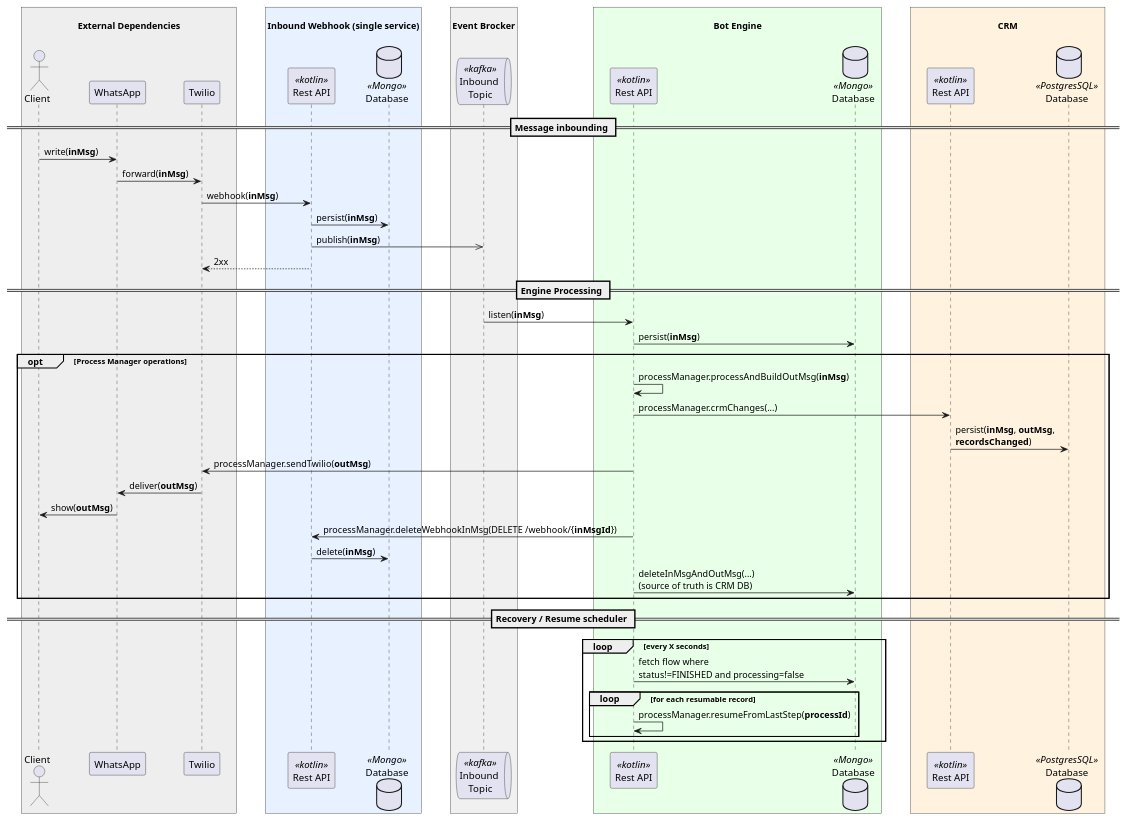
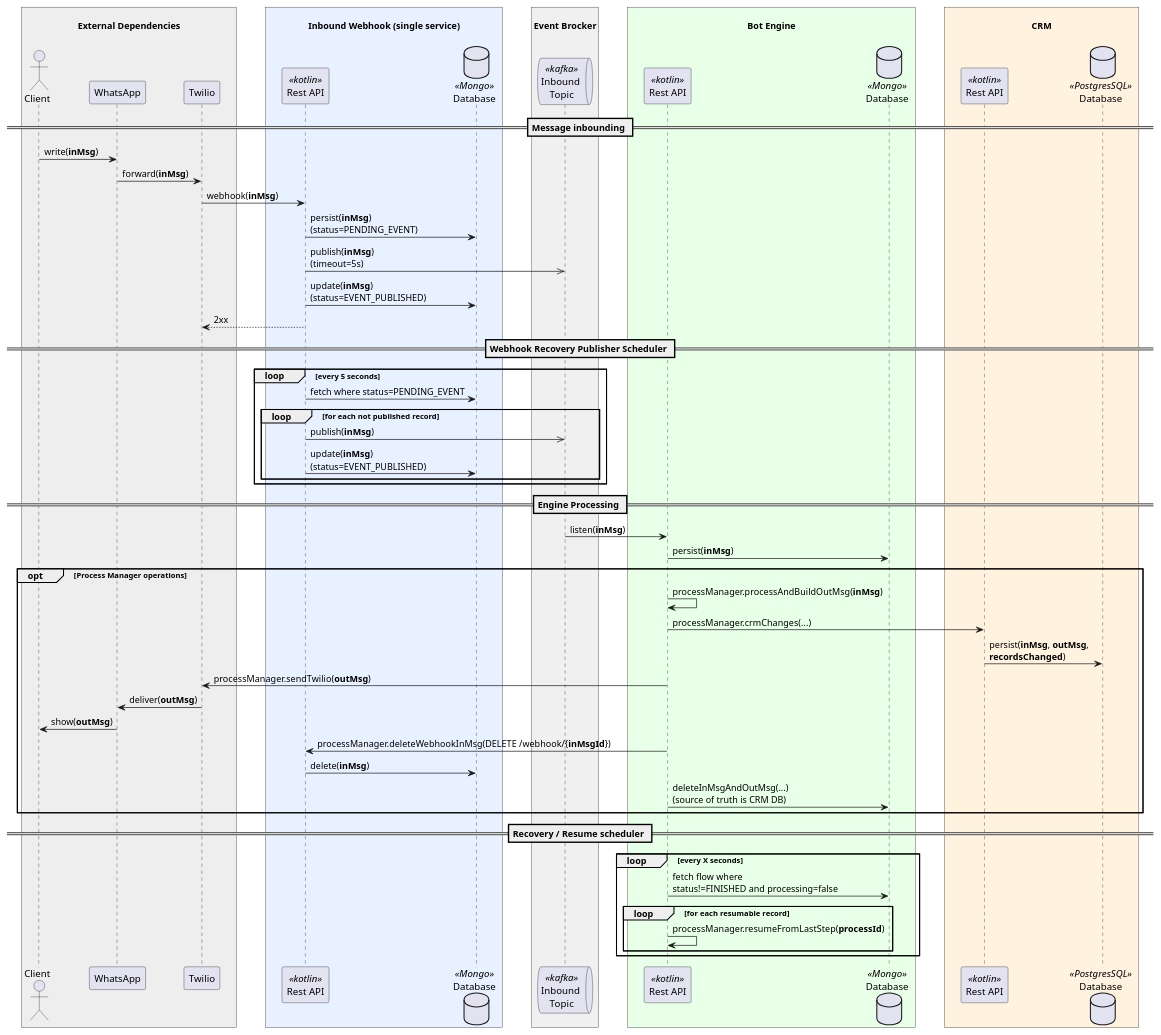
The first of 2 diagrams in README.md (luizlab1/crm), drawn with PlantUML before and after one commit. The commit also changed other lines of this file and 1 other file, not shown here.

````diff
--- a/README.md
+++ b/README.md
@@ -19,70 +19,77 @@
 ```plantuml
-@startuml 
-
+@startuml
 skinparam BoxPadding 20
 skinparam ParticipantPadding 20
 
 box "\nExternal Dependencies\n" #EEEEEE
   actor Client as client
   participant "WhatsApp" as whatsapp
   participant "Twilio" as twilio
 end box
 
 box "\nInbound Webhook (single service)\n" #E8F1FF
   participant "Rest API" as webhookApi <<kotlin>>
   database "Database" as webhookInboxDb <<Mongo>>
 end box
 
 box "\nEvent Brocker\n" #F0F0F0
   queue "Inbound \nTopic" as inboundTopic <<kafka>>
 end box
 
 box "\nBot Engine\n" #E8FFE8
   participant "Rest API" as botApi <<kotlin>>
   database "Database" as botInboxDb <<Mongo>>
 end box
 
 box "\nCRM\n" #FFF3E0
   participant "Rest API" as crmApi <<kotlin>>
   database "Database" as crmDb <<PostgresSQL>>
 end box
 
 == Message inbounding ==
-client -> whatsapp : write(<b>inMsg</b>) 
+client -> whatsapp : write(<b>inMsg</b>)
 whatsapp -> twilio : forward(<b>inMsg</b>)
 twilio -> webhookApi : webhook(<b>inMsg</b>)
 
-webhookApi -> webhookInboxDb : persist(<b>inMsg</b>)
-webhookApi ->> inboundTopic : publish(<b>inMsg</b>)
+webhookApi -> webhookInboxDb : persist(<b>inMsg</b>)\n(status=PENDING_EVENT)
+webhookApi ->> inboundTopic : publish(<b>inMsg</b>)\n(timeout=5s)
+webhookApi -> webhookInboxDb : update(<b>inMsg</b>)\n(status=EVENT_PUBLISHED)
 webhookApi --> twilio : 2xx
+
+== Webhook Recovery Publisher Scheduler ==
+loop every 5 seconds
+  webhookApi -> webhookInboxDb : fetch where status=PENDING_EVENT
+  loop for each not published record
+    webhookApi ->> inboundTopic : publish(<b>inMsg</b>)
+    webhookApi -> webhookInboxDb : update(<b>inMsg</b>)\n(status=EVENT_PUBLISHED)
+  end
+end
 
 == Engine Processing ==
 botApi <- inboundTopic : listen(<b>inMsg</b>)
 botApi -> botInboxDb : persist(<b>inMsg</b>)
 
 opt Process Manager operations
   botApi -> botApi : processManager.processAndBuildOutMsg(<b>inMsg</b>)
-
   botApi -> crmApi : processManager.crmChanges(...)
   crmApi -> crmDb : persist(<b>inMsg</b>, <b>outMsg</b>, \n<b>recordsChanged</b>)
-
   botApi -> twilio : processManager.sendTwilio(<b>outMsg</b>)
   twilio -> whatsapp : deliver(<b>outMsg</b>)
   whatsapp -> client : show(<b>outMsg</b>)
 
   botApi -> webhookApi : processManager.deleteWebhookInMsg(DELETE /webhook/{<b>inMsgId</b>})
   webhookApi -> webhookInboxDb : delete(<b>inMsg</b>)
 
   botApi -> botInboxDb : deleteInMsgAndOutMsg(...)\n(source of truth is CRM DB)
 end
 
 == Recovery / Resume scheduler ==
 loop every X seconds
   botApi -> botInboxDb : fetch flow where\nstatus!=FINISHED and processing=false
   loop for each resumable record
     botApi -> botApi : processManager.resumeFromLastStep(<b>processId</b>)
   end
 end
 
 @enduml
 ```
````
